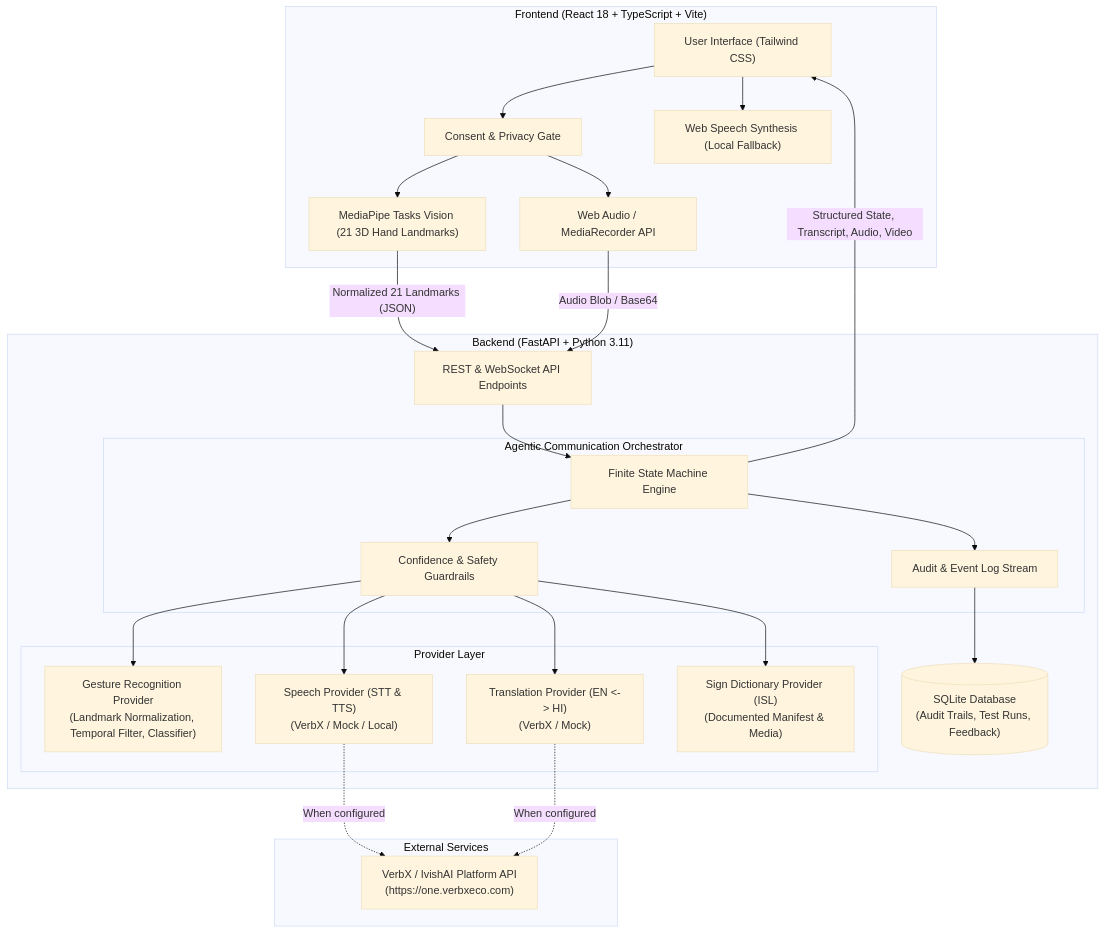
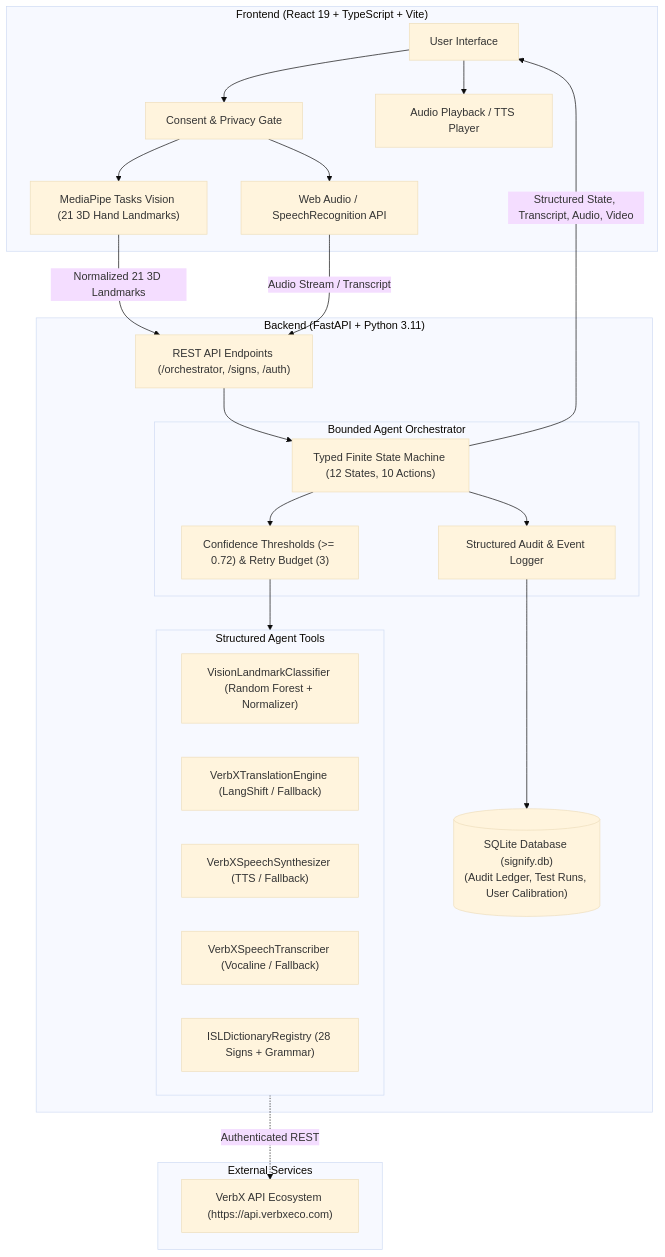
Before and after one commit to tanishqkolhatkar93/Signify: the first of 2 diagrams in docs/ARCHITECTURE.md, drawn with Mermaid (base theme). The commit also changed other lines of this file and 4 other files, not shown here.

Commit message:
feat(orchestration): implement bounded typed state machine with structured tools, retry limits, confidence routing, and auditable tests

````diff
--- a/docs/ARCHITECTURE.md
+++ b/docs/ARCHITECTURE.md
@@ -9,51 +9,48 @@
 ```mermaid
 flowchart TB
-    subgraph Client ["Frontend (React 18 + TypeScript + Vite)"]
-        UI["User Interface (Tailwind CSS)"]
+    subgraph Client ["Frontend (React 19 + TypeScript + Vite)"]
+        UI["User Interface"]
         Consent["Consent & Privacy Gate"]
         MP["MediaPipe Tasks Vision (21 3D Hand Landmarks)"]
-        AudioIn["Web Audio / MediaRecorder API"]
-        AudioOut["Web Speech Synthesis (Local Fallback)"]
+        AudioIn["Web Audio / SpeechRecognition API"]
+        AudioOut["Audio Playback / TTS Player"]
     end
 
     subgraph Backend ["Backend (FastAPI + Python 3.11)"]
-        API["REST & WebSocket API Endpoints"]
+        API["REST API Endpoints (/orchestrator, /signs, /auth)"]
         
-        subgraph Orchestrator ["Agentic Communication Orchestrator"]
-            FSM["Finite State Machine Engine"]
-            Safety["Confidence & Safety Guardrails"]
-            EventLogger["Audit & Event Log Stream"]
+        subgraph Orchestrator ["Bounded Agent Orchestrator"]
+            FSM["Typed Finite State Machine (12 States, 10 Actions)"]
+            Thresholds["Confidence Thresholds (>= 0.72) & Retry Budget (3)"]
+            EventLogger["Structured Audit & Event Logger"]
         end
 
-        subgraph Providers ["Provider Layer"]
-            VisionProv["Gesture Recognition Provider<br/>(Landmark Normalization, Temporal Filter, Classifier)"]
-            SpeechProv["Speech Provider (STT & TTS)<br/>(VerbX / Mock / Local)"]
-            TransProv["Translation Provider (EN <-> HI)<br/>(VerbX / Mock)"]
-            DictProv["Sign Dictionary Provider (ISL)<br/>(Documented Manifest & Media)"]
+        subgraph ToolSubsystem ["Structured Agent Tools"]
+            ToolVision["VisionLandmarkClassifier (Random Forest + Normalizer)"]
+            ToolTrans["VerbXTranslationEngine (LangShift / Fallback)"]
+            ToolSynth["VerbXSpeechSynthesizer (TTS / Fallback)"]
+            ToolSTT["VerbXSpeechTranscriber (Vocaline / Fallback)"]
+            ToolDict["ISLDictionaryRegistry (28 Signs + Grammar)"]
         end
 
-        DB[("SQLite Database<br/>(Audit Trails, Test Runs, Feedback)")]
+        DB[("SQLite Database (signify.db)<br/>(Audit Ledger, Test Runs, User Calibration)")]
     end
 
     subgraph External ["External Services"]
-        VerbX["VerbX / IvishAI Platform API<br/>(https://one.verbxeco.com)"]
+        VerbX["VerbX API Ecosystem (https://api.verbxeco.com)"]
     end
 
     UI --> Consent
     Consent --> MP
     Consent --> AudioIn
-    MP -- "Normalized 21 Landmarks (JSON)" --> API
-    AudioIn -- "Audio Blob / Base64" --> API
+    MP -- "Normalized 21 3D Landmarks" --> API
+    AudioIn -- "Audio Stream / Transcript" --> API
     API --> FSM
-    FSM --> Safety
-    Safety --> VisionProv
-    Safety --> SpeechProv
-    Safety --> TransProv
-    Safety --> DictProv
+    FSM --> Thresholds
+    Thresholds --> ToolSubsystem
     FSM --> EventLogger
     EventLogger --> DB
-    SpeechProv -. "When configured" .-> VerbX
-    TransProv -. "When configured" .-> VerbX
+    ToolSubsystem -. "Authenticated REST" .-> VerbX
     FSM -- "Structured State, Transcript, Audio, Video" --> UI
     UI --> AudioOut
 ```
````
